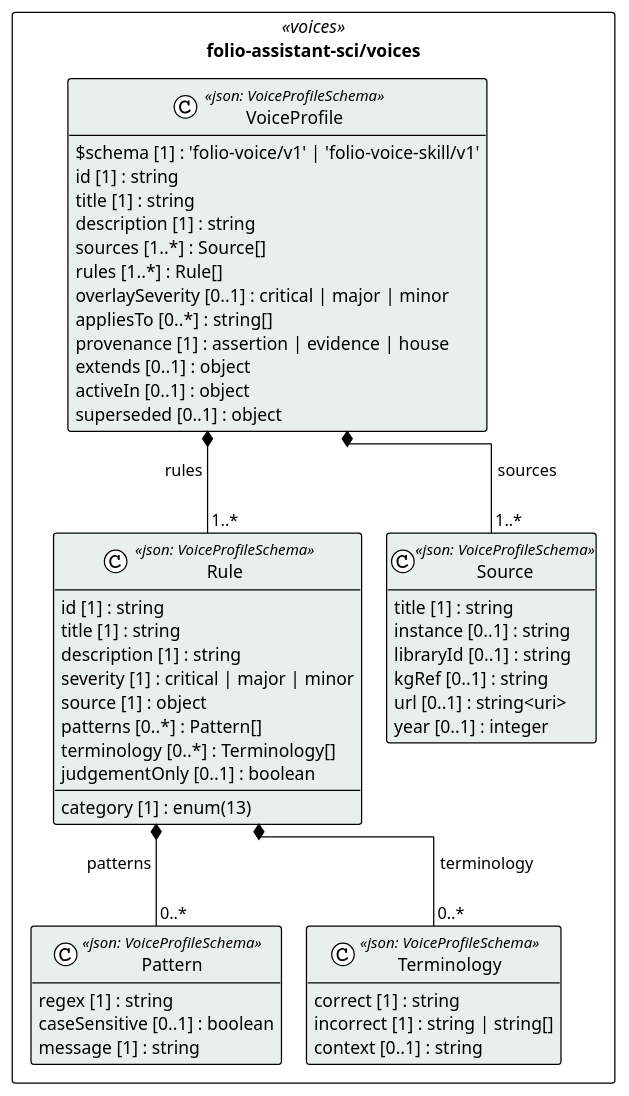
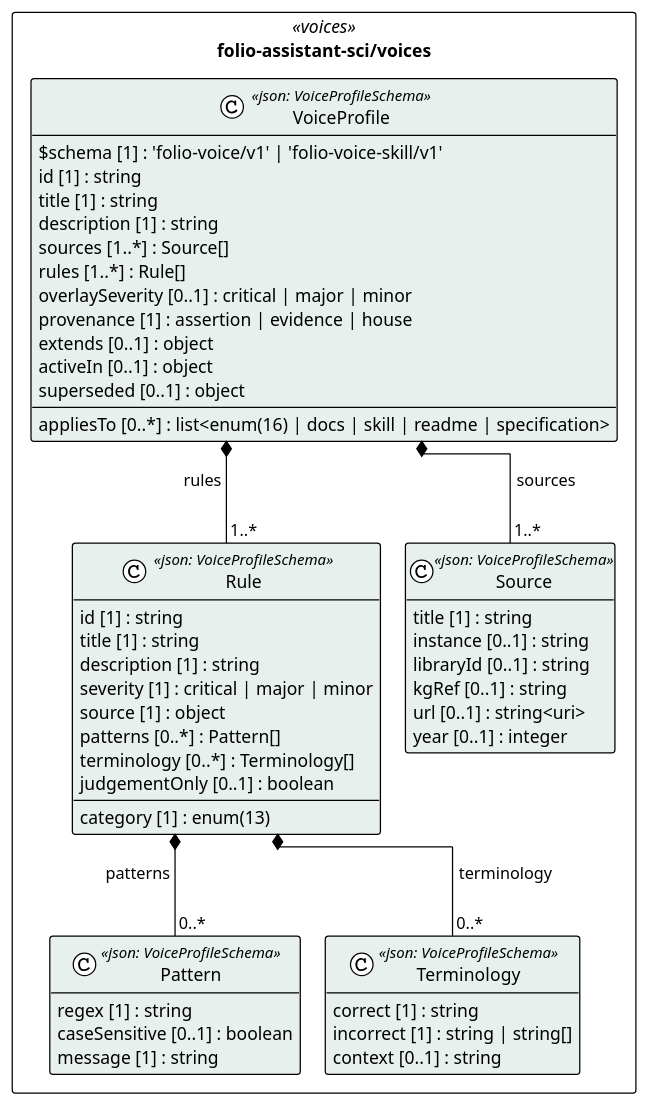
Before and after one commit to litlfred/folio-assistant: the diagram in cat-harness/uml/overview/folio-assistant-sci/voices.puml, drawn with PlantUML. The commit also changed 88 other files, not shown here.

```diff
--- a/cat-harness/uml/overview/folio-assistant-sci/voices.puml
+++ b/cat-harness/uml/overview/folio-assistant-sci/voices.puml
@@ -3,59 +3,59 @@
 @startuml folio_assistant_sci_voices
 !pragma layout elk
 !theme plain
 skinparam classAttributeIconSize 0
 skinparam shadowing false
 skinparam packageStyle rectangle
 hide empty methods
 
 package "folio-assistant-sci/voices" as pkg_folio_assistant_sci_voices <<voices>> {
   class "Source" as folio_assistant_sci_voices_Source <<json: VoiceProfileSchema>> #e8f0ee {
     title [1] : string
     instance [0..1] : string
     libraryId [0..1] : string
     kgRef [0..1] : string
     url [0..1] : string<uri>
     year [0..1] : integer
   }
   class "Pattern" as folio_assistant_sci_voices_Pattern <<json: VoiceProfileSchema>> #e8f0ee {
     regex [1] : string
     caseSensitive [0..1] : boolean
     message [1] : string
   }
   class "Terminology" as folio_assistant_sci_voices_Terminology <<json: VoiceProfileSchema>> #e8f0ee {
     correct [1] : string
     incorrect [1] : string | string[]
     context [0..1] : string
   }
   class "Rule" as folio_assistant_sci_voices_Rule <<json: VoiceProfileSchema>> #e8f0ee {
     id [1] : string
     title [1] : string
     description [1] : string
     category [1] : enum(13)
     severity [1] : critical | major | minor
     source [1] : object
     patterns [0..*] : Pattern[]
     terminology [0..*] : Terminology[]
     judgementOnly [0..1] : boolean
   }
   class "VoiceProfile" as folio_assistant_sci_voices_VoiceProfile <<json: VoiceProfileSchema>> #e8f0ee {
     $schema [1] : 'folio-voice/v1' | 'folio-voice-skill/v1'
     id [1] : string
     title [1] : string
     description [1] : string
     sources [1..*] : Source[]
     rules [1..*] : Rule[]
     overlaySeverity [0..1] : critical | major | minor
-    appliesTo [0..*] : string[]
+    appliesTo [0..*] : list<enum(16) | docs | skill | readme | specification>
     provenance [1] : assertion | evidence | house
     extends [0..1] : object
     activeIn [0..1] : object
     superseded [0..1] : object
   }
 }
 
 folio_assistant_sci_voices_VoiceProfile *-- "1..*" folio_assistant_sci_voices_Source : sources
 folio_assistant_sci_voices_Rule *-- "0..*" folio_assistant_sci_voices_Pattern : patterns
 folio_assistant_sci_voices_Rule *-- "0..*" folio_assistant_sci_voices_Terminology : terminology
 folio_assistant_sci_voices_VoiceProfile *-- "1..*" folio_assistant_sci_voices_Rule : rules
 @enduml
```
